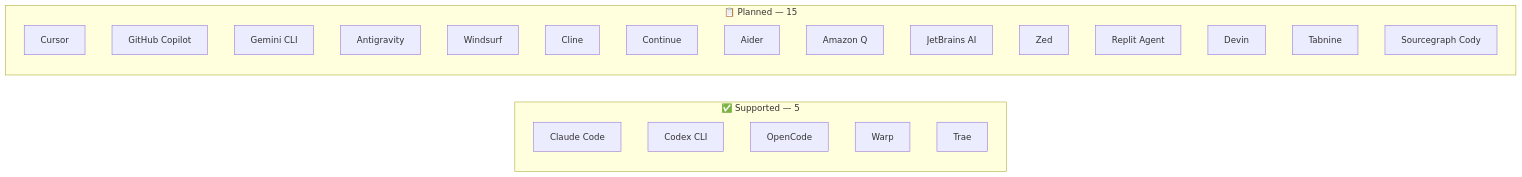
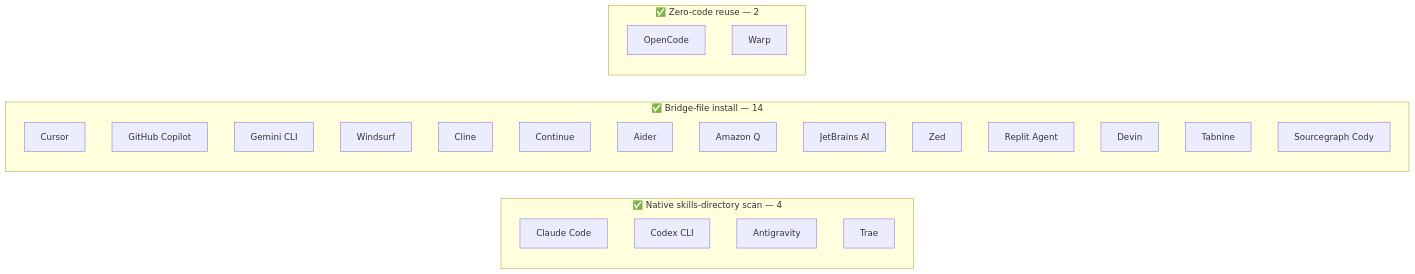
The fifth of 6 diagrams in README.md (jonyfs/spec-jedi), drawn with Mermaid before and after one commit. The commit also changed other lines of this file and 16 other files, not shown here.

````diff
--- a/README.md
+++ b/README.md
@@ -324,29 +352,32 @@
 ```mermaid
 flowchart LR
-    subgraph Supported["✅ Supported — 5"]
+    subgraph Native["✅ Native skills-directory scan — 4"]
         direction TB
         CC[Claude Code]
         CX[Codex CLI]
-        OC[OpenCode]
-        WA[Warp]
+        AG[Antigravity]
         TR[Trae]
     end
-    subgraph Planned["📋 Planned — 15"]
+    subgraph Bridge["✅ Bridge-file install — 14"]
         direction TB
         CU[Cursor]
         GC[GitHub Copilot]
         GM[Gemini CLI]
-        AG[Antigravity]
         WS[Windsurf]
         CL[Cline]
         CN[Continue]
         AI[Aider]
         AQ[Amazon Q]
         JB[JetBrains AI]
         ZD[Zed]
         RA[Replit Agent]
         DV[Devin]
         TB2[Tabnine]
         SC[Sourcegraph Cody]
     end
+    subgraph ZeroCode["✅ Zero-code reuse — 2"]
+        direction TB
+        OC[OpenCode]
+        WA[Warp]
+    end
 ```
````
